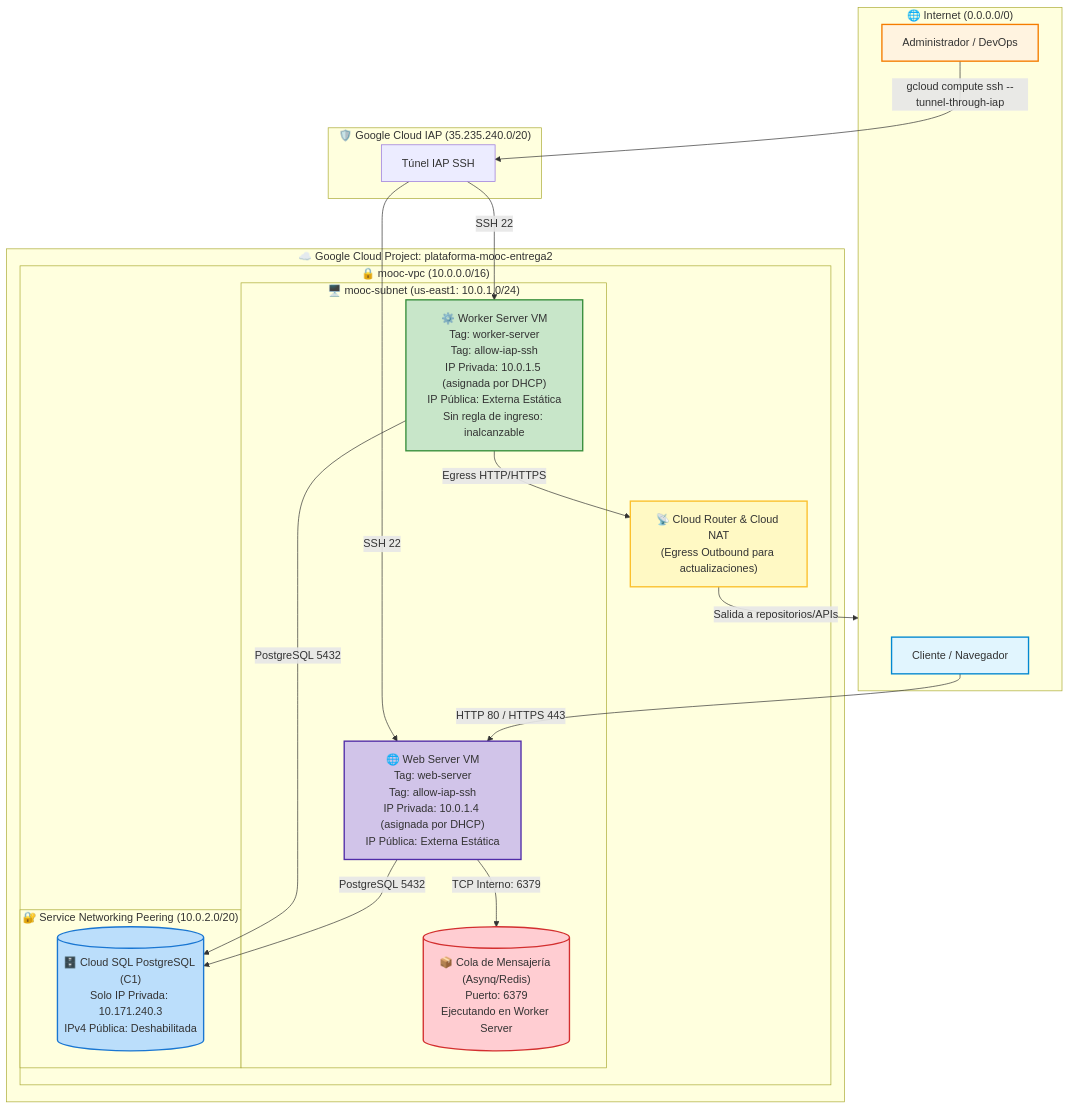
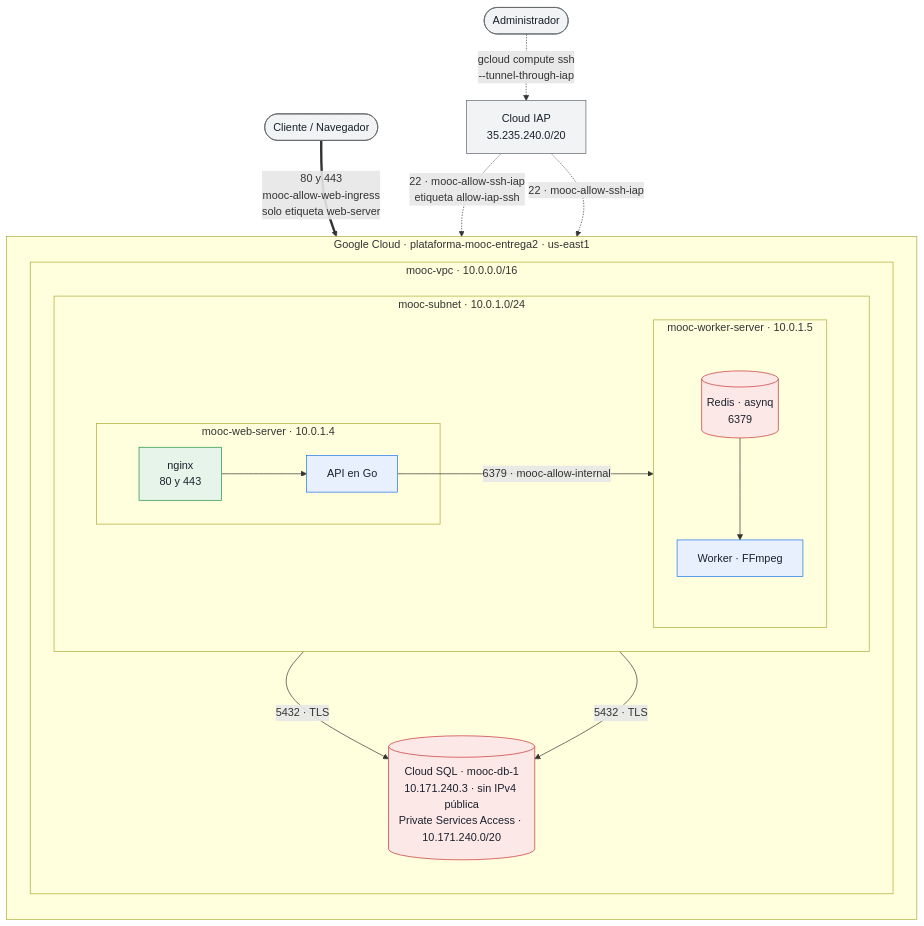
Before and after one commit to ISIS4426-2026/Plataforma-MOOC: the diagram in docs/entrega2/evidencias/B3/DIAGRAMA_RED.md, drawn with Mermaid. The commit also changed other lines of this file and 6 other files, not shown here.

Commit message:
docs: fix diagrams, broken links and the deployment guide

````diff
--- a/docs/entrega2/evidencias/B3/DIAGRAMA_RED.md
+++ b/docs/entrega2/evidencias/B3/DIAGRAMA_RED.md
@@ -29,52 +29,51 @@
 ```mermaid
-flowchart TD
-    subgraph Internet ["🌐 Internet (0.0.0.0/0)"]
-        User["Cliente / Navegador"]
-        Admin["Administrador / DevOps"]
-    end
+flowchart TB
+    user(["Cliente / Navegador"])
+    admin(["Administrador"])
+    iap["Cloud IAP<br/>35.235.240.0/20"]
 
-    subgraph GoogleIAP ["🛡️ Google Cloud IAP (35.235.240.0/20)"]
-        IAPProxy["Túnel IAP SSH"]
-    end
+    subgraph gcp ["Google Cloud · plataforma-mooc-entrega2 · us-east1"]
+        direction TB
 
-    subgraph GCP ["☁️ Google Cloud Project: plataforma-mooc-entrega2"]
-        subgraph VPC ["🔒 mooc-vpc (10.0.0.0/16)"]
-            
-            subgraph Subnet ["🖥️ mooc-subnet (us-east1: 10.0.1.0/24)"]
-                WebServer["🌐 Web Server VM\nTag: web-server\nTag: allow-iap-ssh\nIP Privada: 10.0.1.4 (asignada por DHCP)\nIP Pública: Externa Estática"]
-                WorkerServer["⚙️ Worker Server VM\nTag: worker-server\nTag: allow-iap-ssh\nIP Privada: 10.0.1.5 (asignada por DHCP)\nIP Pública: Externa Estática\nSin regla de ingreso: inalcanzable"]
-                RedisQueue[("📦 Cola de Mensajería (Asynq/Redis)\nPuerto: 6379\nEjecutando en Worker Server")]
+        subgraph vpc ["mooc-vpc · 10.0.0.0/16"]
+            direction TB
+
+            subgraph sub ["mooc-subnet · 10.0.1.0/24"]
+                direction LR
+
+                subgraph web ["mooc-web-server · 10.0.1.4"]
+                    direction TB
+                    wnginx["nginx<br/>80 y 443"]
+                    wapi["API en Go"]
+                end
+
+                subgraph wrk ["mooc-worker-server · 10.0.1.5"]
+                    direction TB
+                    queue[("Redis · asynq<br/>6379")]
+                    wproc["Worker · FFmpeg"]
+                end
             end
 
-            CloudNAT["📡 Cloud Router & Cloud NAT\n(Egress Outbound para actualizaciones)"]
-
-            subgraph ServicePeering ["🔐 Service Networking Peering (10.0.2.0/20)"]
-                CloudSQL[("🗄️ Cloud SQL PostgreSQL (C1)\nSolo IP Privada: 10.171.240.3\nIPv4 Pública: Deshabilitada")]
-            end
+            sql[("Cloud SQL · mooc-db-1<br/>10.171.240.3 · sin IPv4 pública<br/>Private Services Access · 10.171.240.0/20")]
         end
     end
 
-    %% Conexiones Públicas
-    User -->|HTTP 80 / HTTPS 443| WebServer
-    Admin -->|gcloud compute ssh --tunnel-through-iap| IAPProxy
-    IAPProxy -->|SSH 22| WebServer
-    IAPProxy -->|SSH 22| WorkerServer
+    user ==>|"80 y 443<br/>mooc-allow-web-ingress<br/>solo etiqueta web-server"| wnginx
+    admin -.->|"gcloud compute ssh<br/>--tunnel-through-iap"| iap
+    iap -.->|"22 · mooc-allow-ssh-iap<br/>etiqueta allow-iap-ssh"| web
+    iap -.->|"22 · mooc-allow-ssh-iap"| wrk
+    wnginx --> wapi
+    wapi -->|"6379 · mooc-allow-internal"| queue
+    queue --> wproc
+    wapi -->|"5432 · TLS"| sql
+    wproc -->|"5432 · TLS"| sql
 
-    %% Conexiones Internas VPC
-    WebServer -->|TCP Interno: 6379| RedisQueue
-    WebServer -->|PostgreSQL 5432| CloudSQL
-    WorkerServer -->|PostgreSQL 5432| CloudSQL
-
-    %% Salida Egress
-    WorkerServer -->|Egress HTTP/HTTPS| CloudNAT
-    CloudNAT -->|Salida a repositorios/APIs| Internet
-
-    %% Estilos de Nodos
-    style User fill:#e1f5fe,stroke:#0288d1,stroke-width:2px
-    style Admin fill:#fff3e0,stroke:#f57c00,stroke-width:2px
-    style WebServer fill:#d1c4e9,stroke:#512da8,stroke-width:2px
-    style WorkerServer fill:#c8e6c9,stroke:#388e3c,stroke-width:2px
-    style RedisQueue fill:#ffcdd2,stroke:#d32f2f,stroke-width:2px
-    style CloudSQL fill:#bbdefb,stroke:#1976d2,stroke-width:2px
-    style CloudNAT fill:#fff9c4,stroke:#fbc02d,stroke-width:2px
+    classDef publico fill:#e6f4ea,stroke:#1e8e3e,color:#1a202c
+    classDef privado fill:#fde8e8,stroke:#c53030,color:#1a202c
+    classDef proc fill:#e8f0fe,stroke:#1a73e8,color:#1a202c
+    classDef ext fill:#f1f3f4,stroke:#5f6368,color:#1a202c
+    class wnginx publico
+    class sql,queue privado
+    class wapi,wproc proc
+    class user,admin,iap ext
 ```
````
